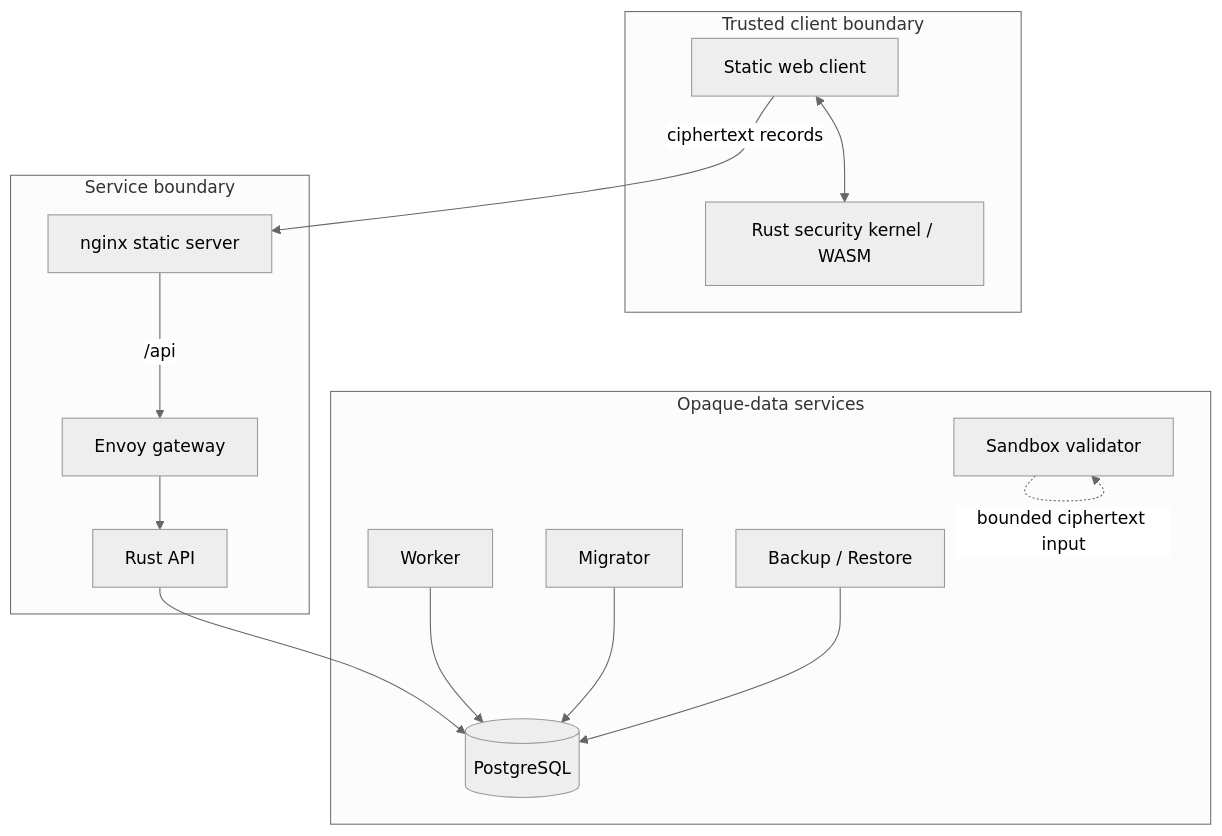
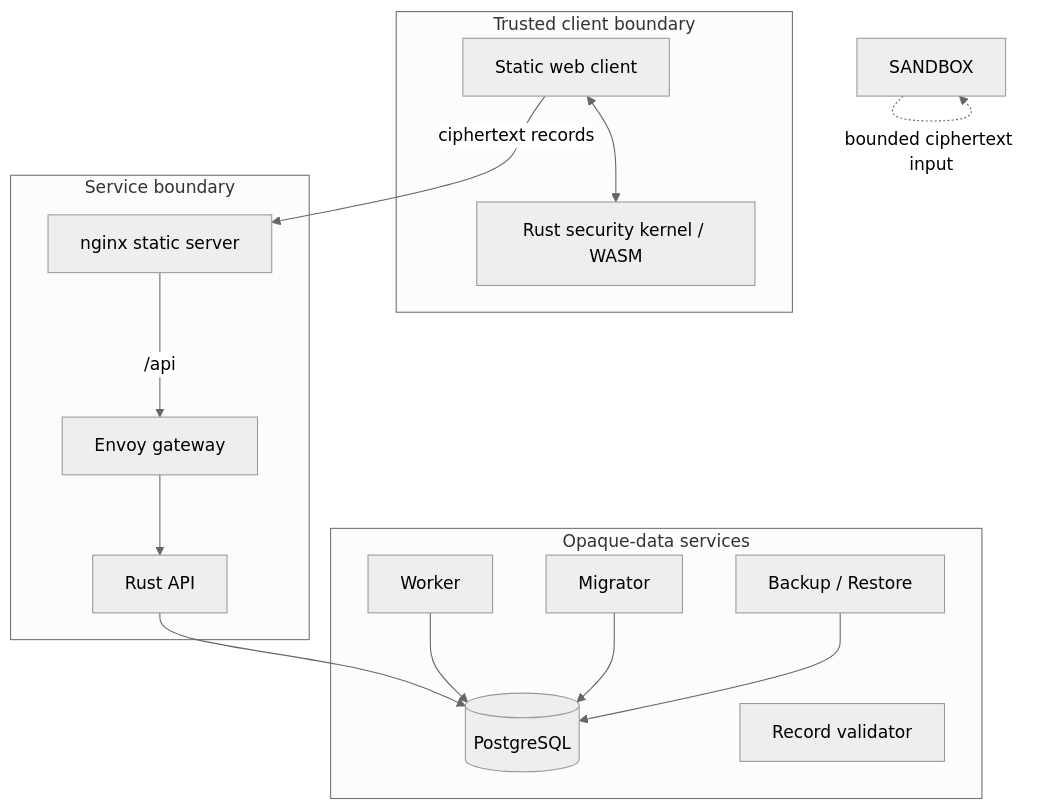
The diagram in docs/ARCHITECTURE.md (Passion-Flow/veyora), drawn with Mermaid (neutral theme) before and after one commit. The commit also changed other lines of this file and 493 other files, not shown here.

First line of the commit message:
feat: PRD sequences 2-11 local implementation and verification sweep

````diff
--- a/docs/ARCHITECTURE.md
+++ b/docs/ARCHITECTURE.md
@@ -9,31 +9,31 @@
 ```mermaid
 flowchart TB
     subgraph Client[Trusted client boundary]
         UI[Static web client]
         WASM[Rust security kernel / WASM]
         UI <--> WASM
     end
 
     subgraph Edge[Service boundary]
         WEB[nginx static server]
         GW[Envoy gateway]
         API[Rust API]
         WEB -->|/api| GW
         GW --> API
     end
 
     subgraph Data[Opaque-data services]
         DB[(PostgreSQL)]
         WORKER[Worker]
         MIGRATOR[Migrator]
         BACKUP[Backup / Restore]
-        SANDBOX[Sandbox validator]
+        VALIDATOR[Record validator]
         API --> DB
         WORKER --> DB
         MIGRATOR --> DB
         BACKUP --> DB
     end
 
     UI -->|ciphertext records| WEB
     SANDBOX -. bounded ciphertext input .-> SANDBOX
 ```
````
